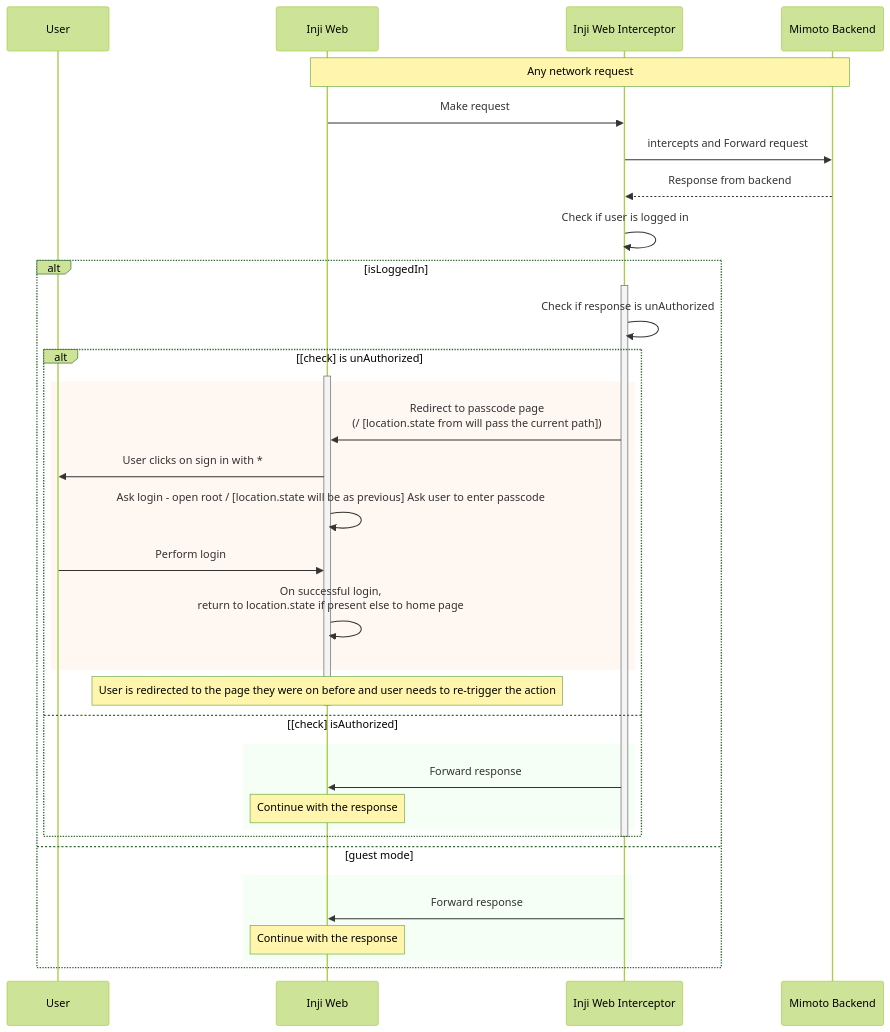
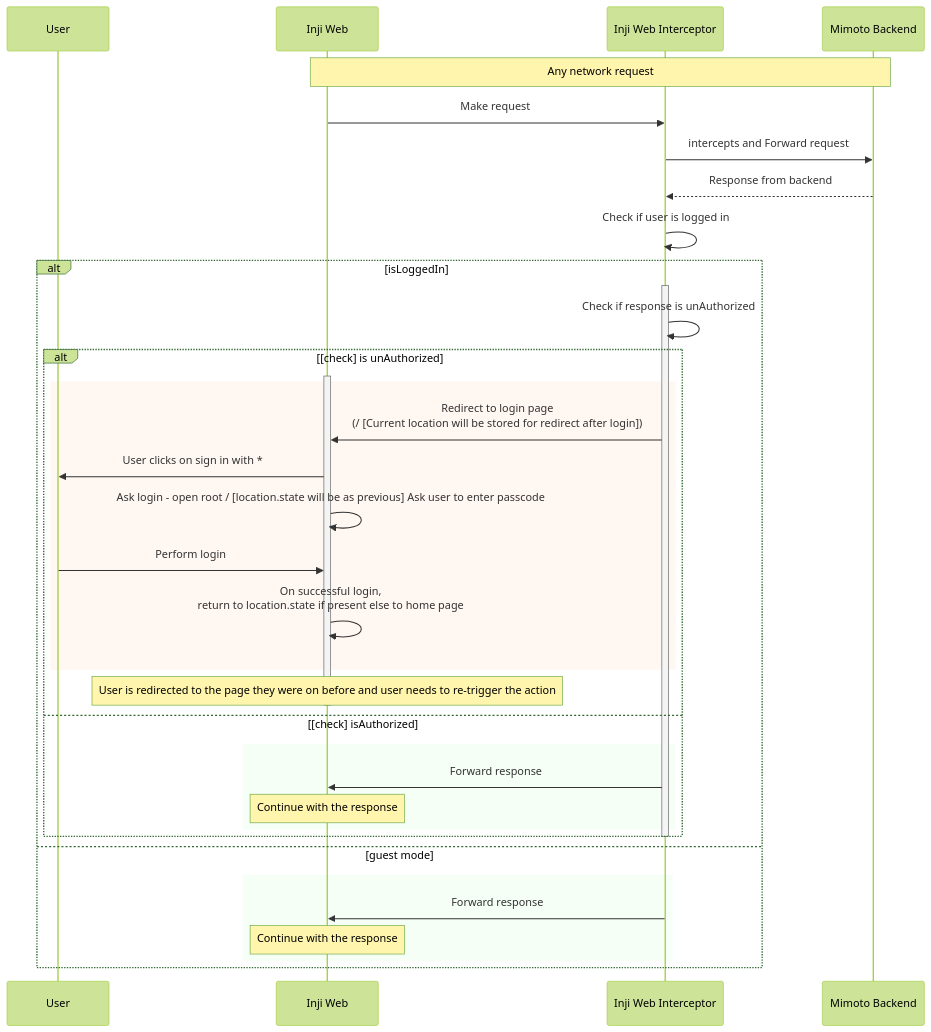
One commit to mosip/inji-web changed the first of 2 diagrams in docs/SessionExpirationHandling.md. Above: the diagram before and after it, drawn with Mermaid (forest theme). The commit also changed 2 other files, not shown here.

Commit message:
[INJIWEB-1592] refactor - modify test names

````diff
--- a/docs/SessionExpirationHandling.md
+++ b/docs/SessionExpirationHandling.md
@@ -16,39 +16,39 @@
 ```mermaid
 sequenceDiagram
     participant user as User
     participant fe as Inji Web
     participant interceptor as Inji Web Interceptor
     participant be as Mimoto Backend
     Note over fe, be: Any network request
     fe ->> interceptor: Make request
     interceptor ->> be: intercepts and Forward request
     be -->> interceptor: Response from backend
     interceptor ->> interceptor: Check if user is logged in
     alt isLoggedIn
         activate interceptor
         interceptor ->> interceptor: Check if response is unAuthorized
         alt [check] is unAuthorized
             activate fe
             rect rgb(255, 240, 230, 0.5)
-                interceptor ->> fe: Redirect to passcode page <br/>(/ [location.state from will pass the current path])
+                interceptor ->> fe: Redirect to login page <br/>(/ [Current location will be stored for redirect after login])
                 fe ->> user: User clicks on sign in with *
                 fe ->> fe: Ask login - open root / [location.state will be as previous] Ask user to enter passcode
                 user ->> fe: Perform login
                 fe ->> fe: On successful login, <br/>return to location.state if present else to home page
             end
             note over fe: User is redirected to the page they were on before and user needs to re-trigger the action
             deactivate fe
         else [check] isAuthorized
             rect rgb(230, 255, 230, 0.4)
                 interceptor ->> fe: Forward response
                 note over fe: Continue with the response
             end
         end
         deactivate interceptor
     else guest mode
         rect rgb(230, 255, 230, 0.4)
             interceptor ->> fe: Forward response
             note over fe: Continue with the response
         end
     end
 ```
````
